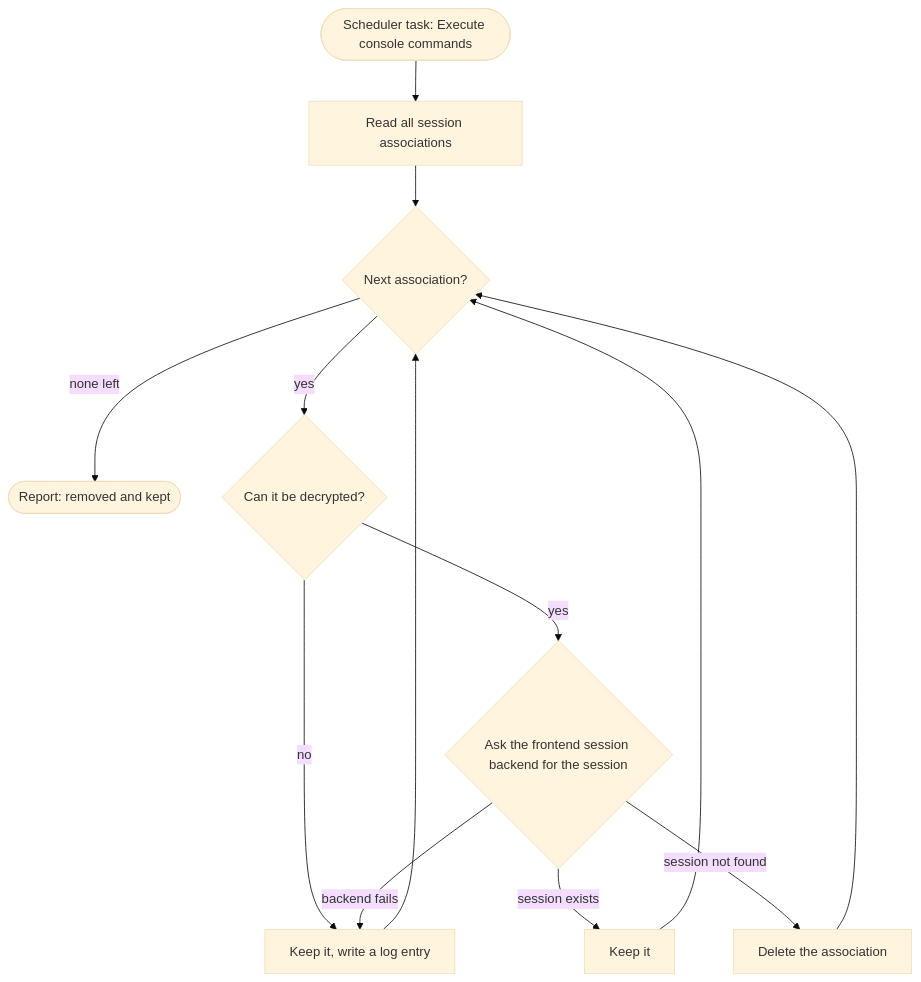
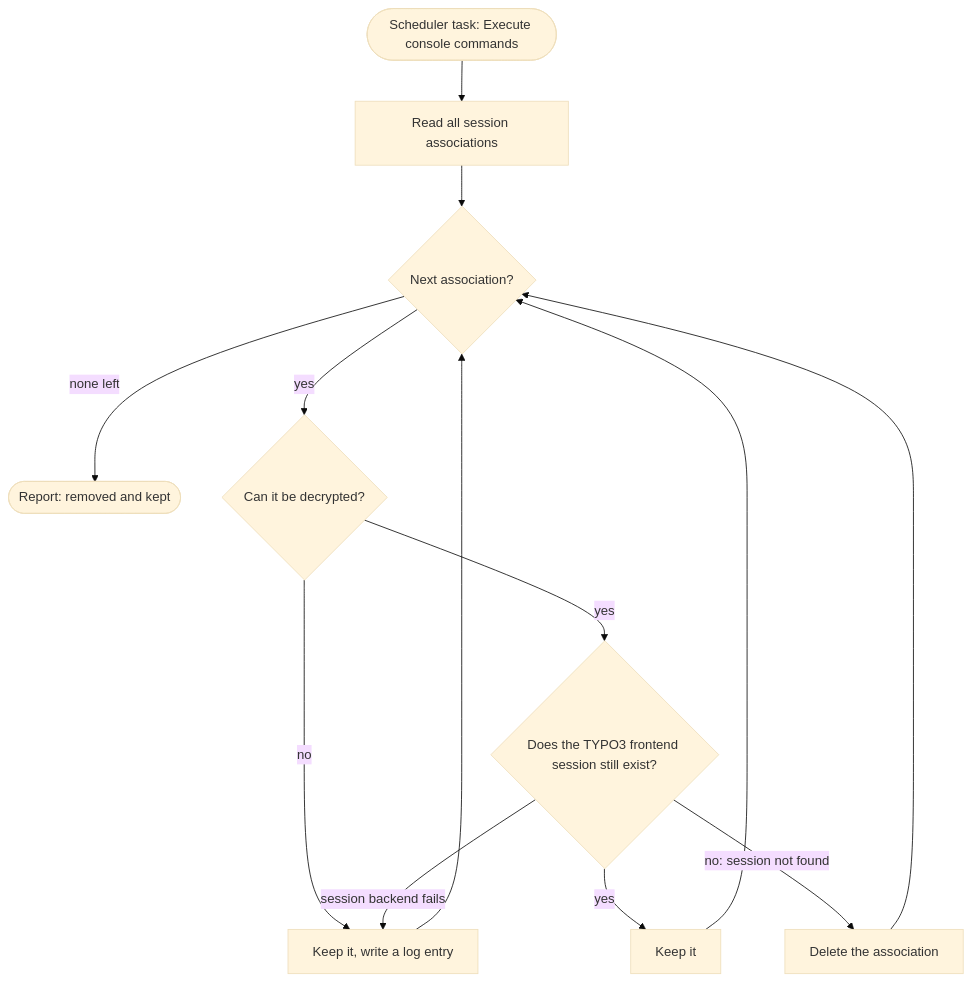
The fourth of 4 diagrams in Documentation/BackChannelLogout.md (Inchie/t3ext-oidc), drawn with Mermaid (base theme) before and after one commit. The commit also changed other lines of this file and 1 other file, not shown here.

Commit message:
[DOCS] Restructure Back-Channel Logout documentation around TYPO3 and Keycloak configuration

````diff
--- a/Documentation/BackChannelLogout.md
+++ b/Documentation/BackChannelLogout.md
@@ -288,15 +342,15 @@
 ```mermaid
 flowchart TD
     start(["Scheduler task: Execute console commands"]) --> load["Read all session associations"]
     load --> next{"Next association?"}
     next -- "none left" --> report(["Report: removed and kept"])
     next -- "yes" --> decrypt{"Can it be decrypted?"}
     decrypt -- "no" --> keepLogged["Keep it, write a log entry"]
-    decrypt -- "yes" --> ask{"Ask the frontend session backend for the session"}
-    ask -- "session exists" --> keep["Keep it"]
-    ask -- "backend fails" --> keepLogged
-    ask -- "session not found" --> remove["Delete the association"]
+    decrypt -- "yes" --> ask{"Does the TYPO3 frontend session still exist?"}
+    ask -- "yes" --> keep["Keep it"]
+    ask -- "session backend fails" --> keepLogged
+    ask -- "no: session not found" --> remove["Delete the association"]
     keep --> next
     keepLogged --> next
     remove --> next
 ```
````
